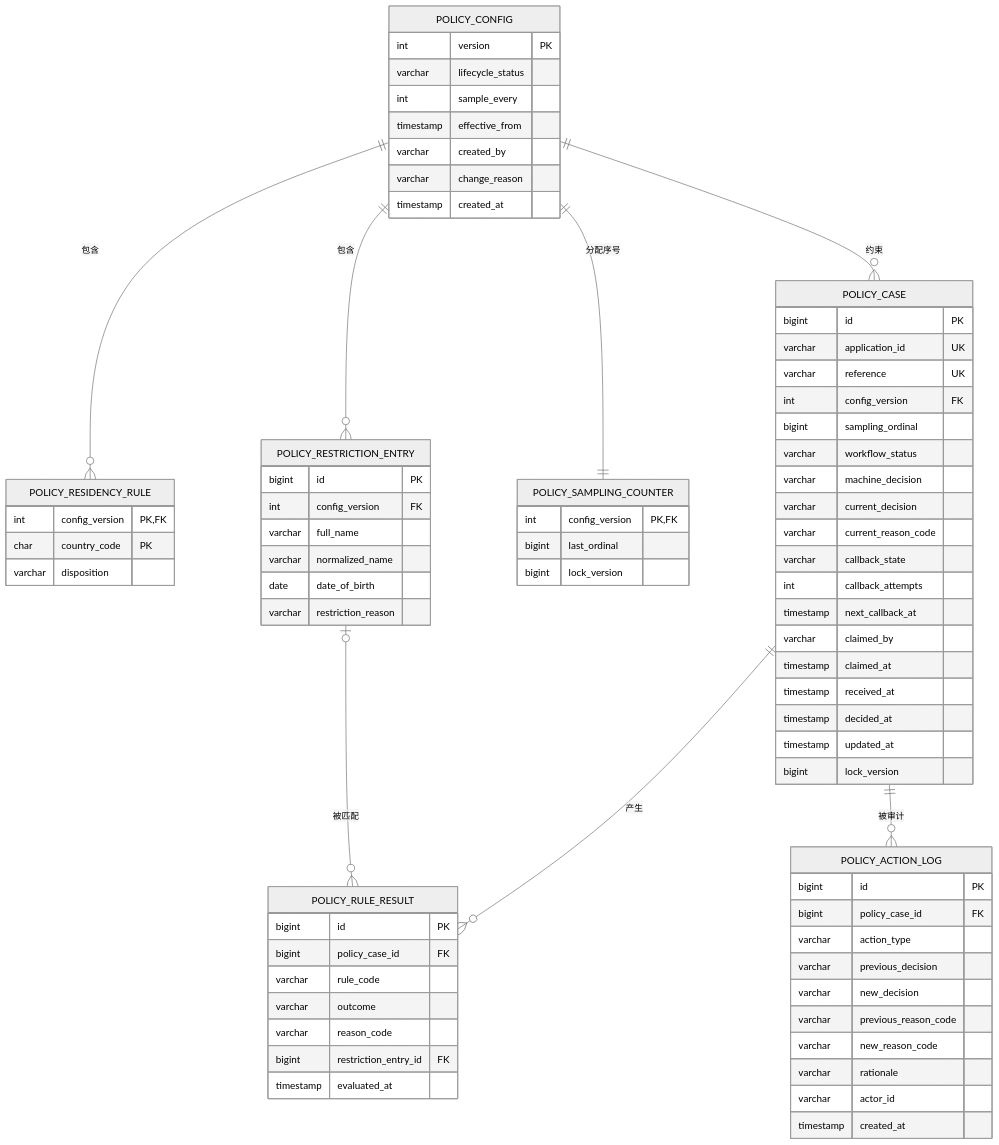
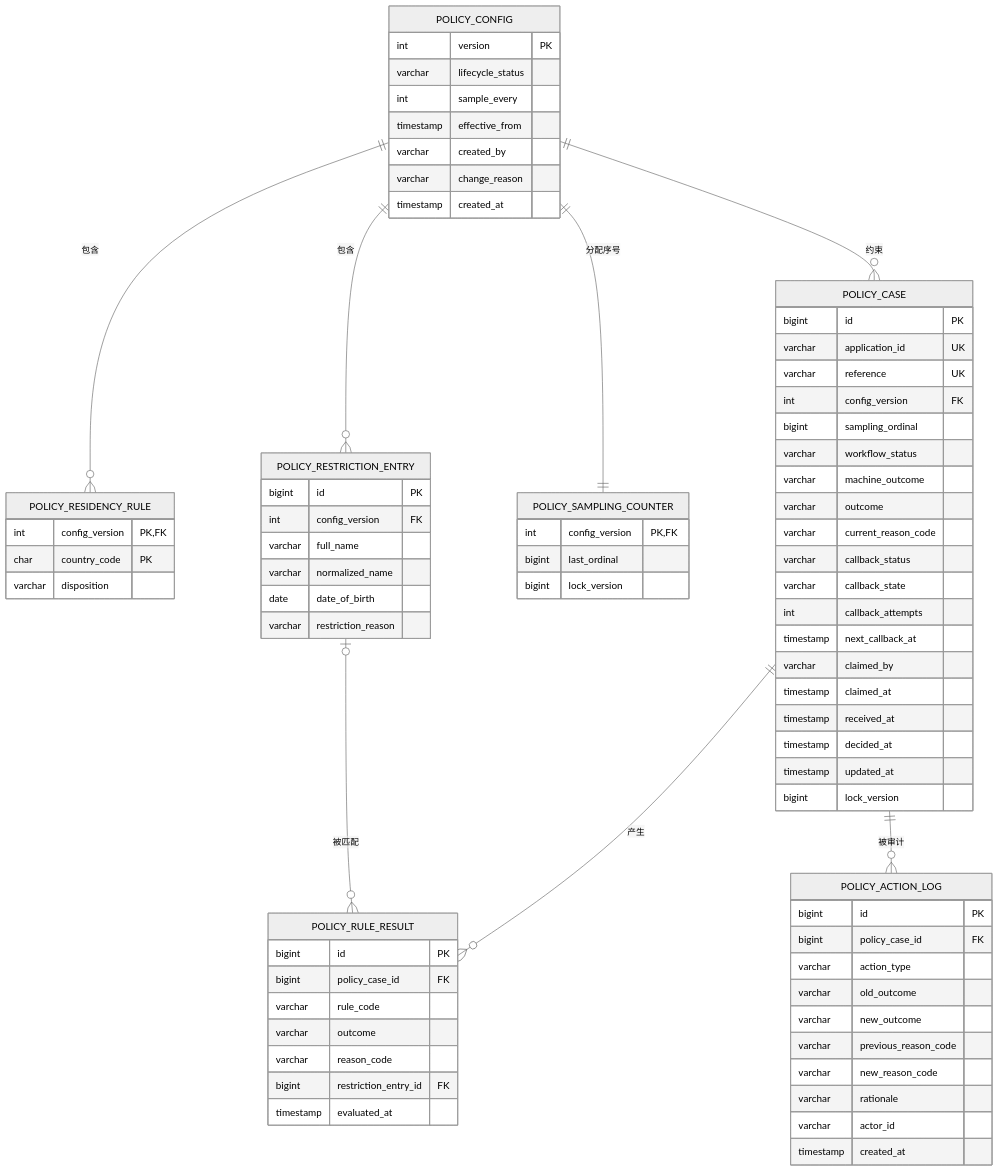
One commit to Neueda-Learning/neo-02 changed the first of 2 diagrams in docs/schema-design.zh-CN.md. Above: the diagram before and after it, drawn with Mermaid (neutral theme). The commit also changed other lines of this file and 1 other file, not shown here.

Commit message:
docs: align schema contract with v5 brief

```diff
--- a/docs/schema-design.zh-CN.md
+++ b/docs/schema-design.zh-CN.md
@@ -144,9 +155,10 @@
         int config_version FK
         bigint sampling_ordinal
         varchar workflow_status
-        varchar machine_decision
-        varchar current_decision
+        varchar machine_outcome
+        varchar outcome
         varchar current_reason_code
+        varchar callback_status
         varchar callback_state
         int callback_attempts
         timestamp next_callback_at
@@ -172,8 +184,8 @@
         bigint id PK
         bigint policy_case_id FK
         varchar action_type
-        varchar previous_decision
-        varchar new_decision
+        varchar old_outcome
+        varchar new_outcome
         varchar previous_reason_code
         varchar new_reason_code
         varchar rationale
```
